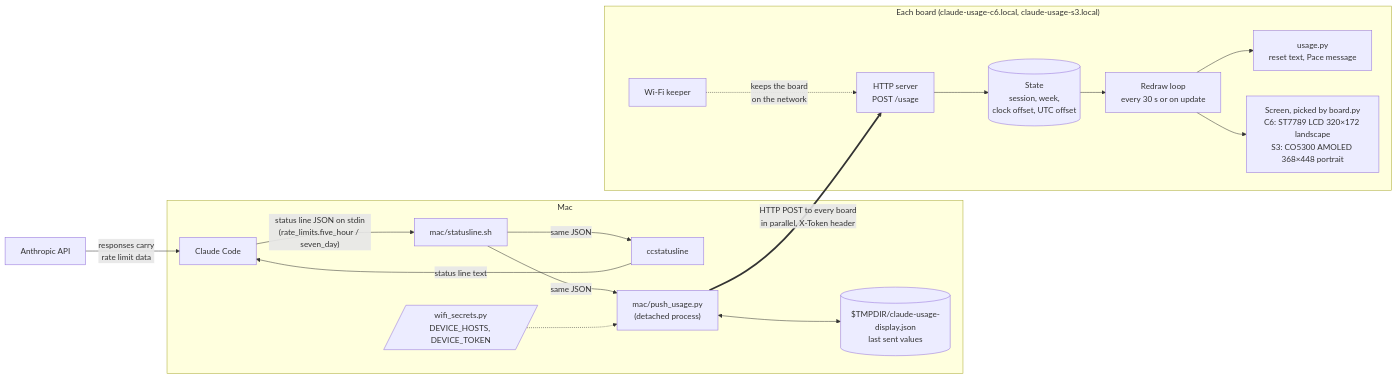
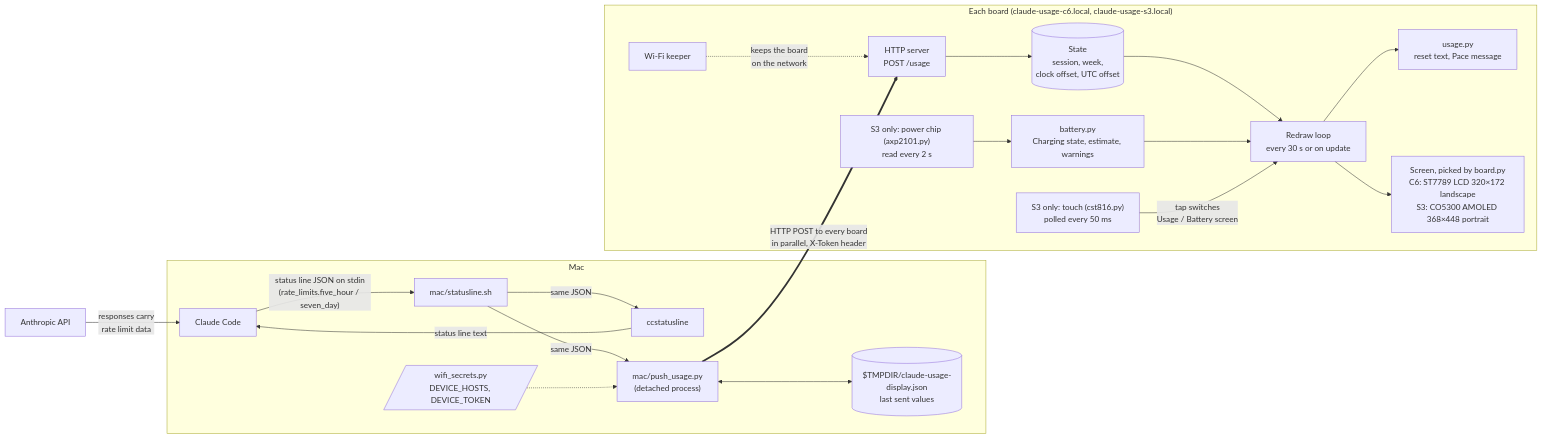
The first of 3 diagrams in docs/architecture.md (johnendean/esp32tokenusage), drawn with Mermaid before and after one commit. The commit also changed other lines of this file and 10 other files, not shown here.

First line of the commit message:
Show battery level on the S3 and a Battery screen opened by a tap

````diff
--- a/docs/architecture.md
+++ b/docs/architecture.md
@@ -7,36 +7,42 @@
 ```mermaid
 flowchart LR
     api["Anthropic API"]
 
     subgraph mac["Mac"]
         cc["Claude Code"]
         wrapper["mac/statusline.sh"]
         ccs["ccstatusline"]
         push["mac/push_usage.py<br/>(detached process)"]
         cache[("$TMPDIR/claude-usage-display.json<br/>last sent values")]
         secrets_mac[/"wifi_secrets.py<br/>DEVICE_HOSTS, DEVICE_TOKEN"/]
     end
 
     subgraph board["Each board (claude-usage-c6.local, claude-usage-s3.local)"]
         server["HTTP server<br/>POST /usage"]
         state[("State<br/>session, week,<br/>clock offset, UTC offset")]
         loop["Redraw loop<br/>every 30 s or on update"]
         logic["usage.py<br/>reset text, Pace message"]
         lcd["Screen, picked by board.py<br/>C6: ST7789 LCD 320×172 landscape<br/>S3: CO5300 AMOLED 368×448 portrait"]
         wifi["Wi-Fi keeper"]
+        power["S3 only: power chip (axp2101.py)<br/>read every 2 s"]
+        touchc["S3 only: touch (cst816.py)<br/>polled every 50 ms"]
+        batt["battery.py<br/>Charging state, estimate, warnings"]
     end
 
     api -- "responses carry<br/>rate limit data" --> cc
     cc -- "status line JSON on stdin<br/>(rate_limits.five_hour / seven_day)" --> wrapper
     wrapper -- "same JSON" --> ccs
     ccs -- "status line text" --> cc
     wrapper -- "same JSON" --> push
     push <--> cache
     secrets_mac -.-> push
     push == "HTTP POST to every board<br/>in parallel, X-Token header" ==> server
     server --> state
     state --> loop
     loop --> logic
     loop --> lcd
     wifi -. "keeps the board<br/>on the network" .-> server
+    power --> batt
+    batt --> loop
+    touchc -- "tap switches<br/>Usage / Battery screen" --> loop
 ```
````
